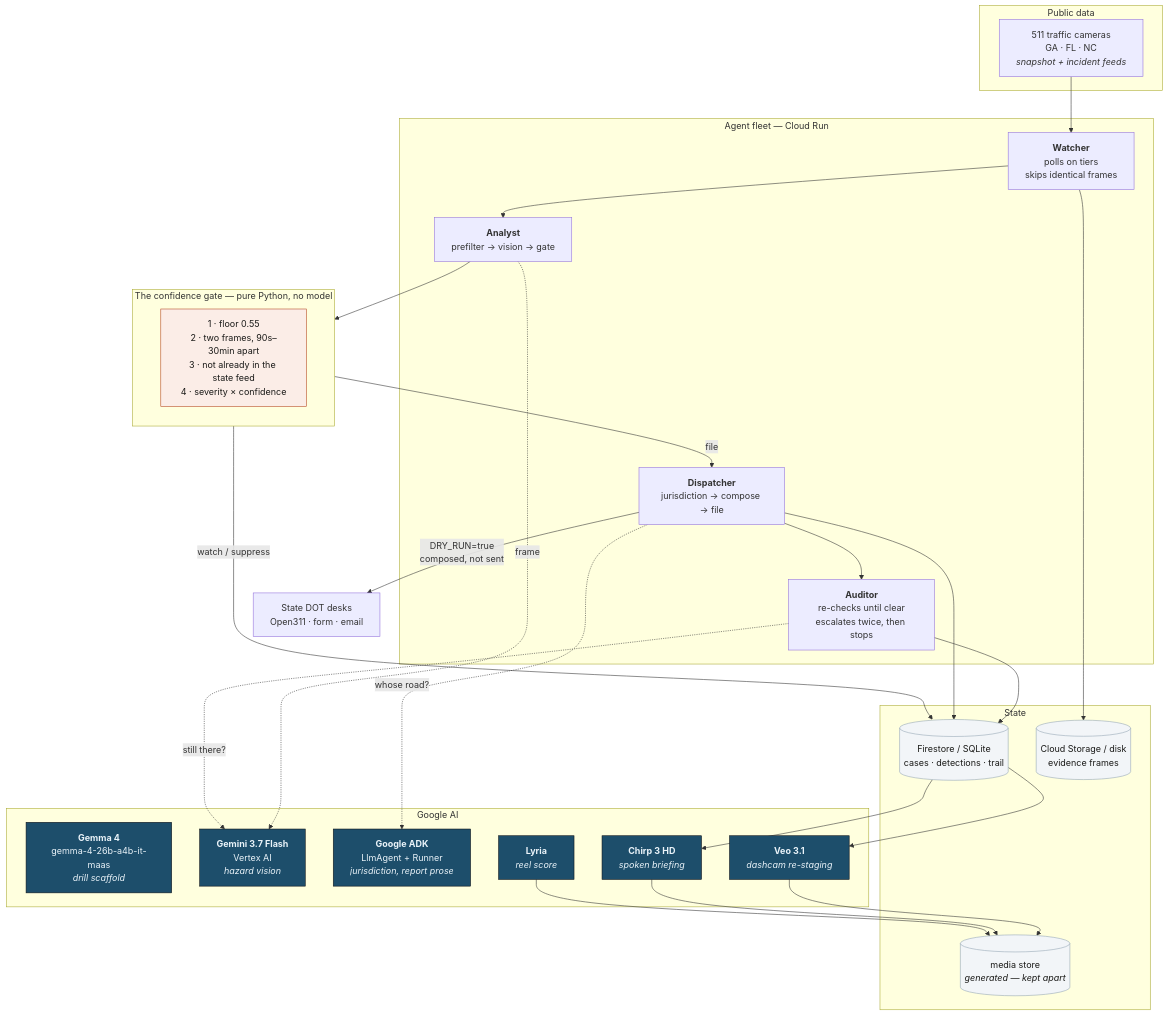
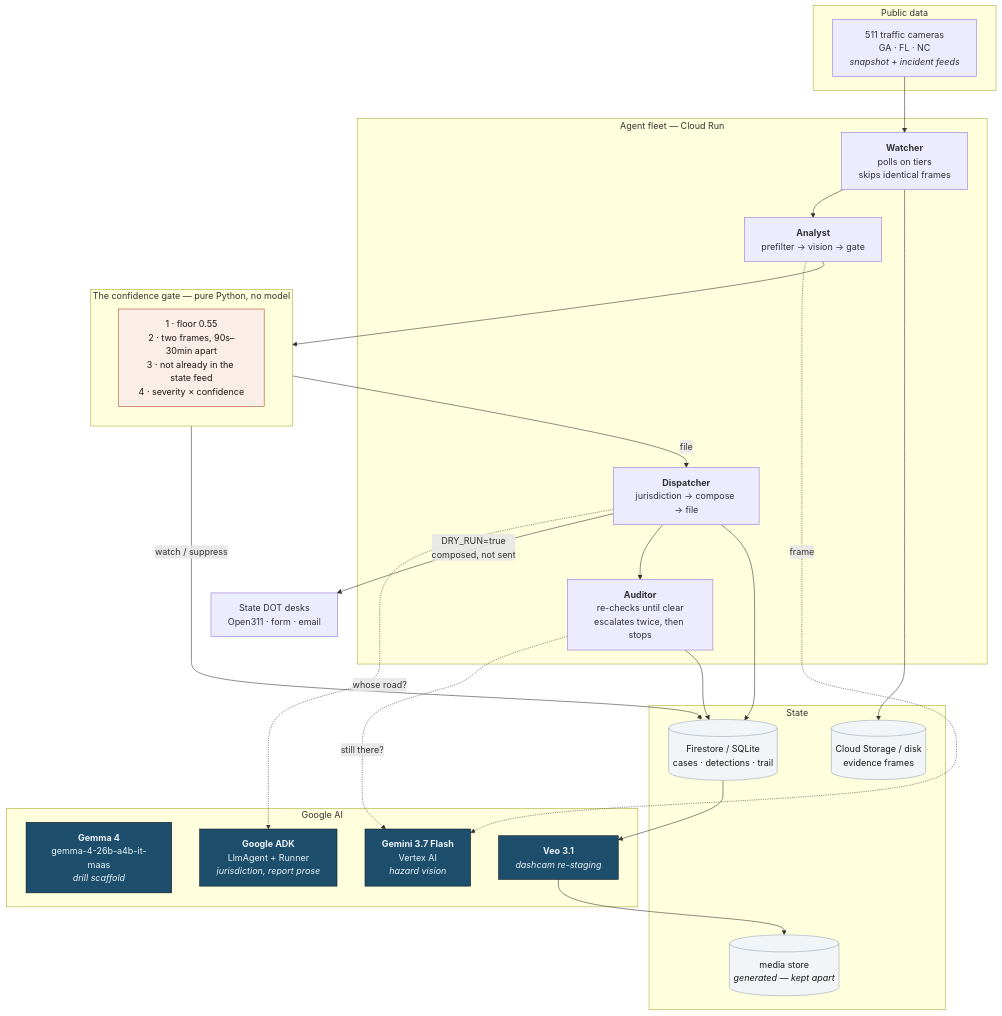
Before and after one commit to luminousyinyang/Road_Cleaner_Agent: the first of 5 diagrams in docs/diagram.md, drawn with Mermaid. The commit also changed other lines of this file and 4 other files, not shown here.

Commit message:
diagram changes

````diff
--- a/docs/diagram.md
+++ b/docs/diagram.md
@@ -24,58 +24,54 @@
 ```mermaid
 flowchart TB
     subgraph sources["Public data"]
         cams["511 traffic cameras<br/>GA · FL · NC<br/><i>snapshot + incident feeds</i>"]
     end
 
     subgraph agents["Agent fleet — Cloud Run"]
         watcher["<b>Watcher</b><br/>polls on tiers<br/>skips identical frames"]
         analyst["<b>Analyst</b><br/>prefilter → vision → gate"]
         dispatcher["<b>Dispatcher</b><br/>jurisdiction → compose → file"]
         auditor["<b>Auditor</b><br/>re-checks until clear<br/>escalates twice, then stops"]
     end
 
     subgraph models["Google AI"]
         gemma["<b>Gemma 4</b><br/>gemma-4-26b-a4b-it-maas<br/><i>drill scaffold</i>"]
         gemini["<b>Gemini 3.7 Flash</b><br/>Vertex AI<br/><i>hazard vision</i>"]
         adk["<b>Google ADK</b><br/>LlmAgent + Runner<br/><i>jurisdiction, report prose</i>"]
         veo["<b>Veo 3.1</b><br/><i>dashcam re-staging</i>"]
-        chirp["<b>Chirp 3 HD</b><br/><i>spoken briefing</i>"]
-        lyria["<b>Lyria</b><br/><i>reel score</i>"]
     end
 
     subgraph gate["The confidence gate — pure Python, no model"]
         g["1 · floor 0.55<br/>2 · two frames, 90s–30min apart<br/>3 · not already in the state feed<br/>4 · severity × confidence"]
     end
 
     subgraph state["State"]
         repo[("Firestore / SQLite<br/>cases · detections · trail")]
         blobs[("Cloud Storage / disk<br/>evidence frames")]
         media[("media store<br/><i>generated — kept apart</i>")]
     end
 
     agencies["State DOT desks<br/>Open311 · form · email"]
 
     cams --> watcher --> analyst
     analyst -.->|frame| gemini
     analyst --> gate
     gate -->|file| dispatcher
     gate -->|watch / suppress| repo
     dispatcher -.->|whose road?| adk
     dispatcher -->|DRY_RUN=true<br/>composed, not sent| agencies
     dispatcher --> auditor
     auditor -.->|still there?| gemini
     auditor --> repo
 
     watcher --> blobs
     dispatcher --> repo
     repo --> veo --> media
-    repo --> chirp --> media
-    lyria --> media
 
     classDef google fill:#1D4E6B,stroke:#0E1116,color:#EAF3F9
     classDef store fill:#F2F5F8,stroke:#94A5B4,color:#1A1A18
     classDef guard fill:#FBEDE7,stroke:#B4451F,color:#1A1A18
-    class gemma,gemini,adk,veo,chirp,lyria google
+    class gemma,gemini,adk,veo google
     class repo,blobs,media store
     class g guard
 ```
````
